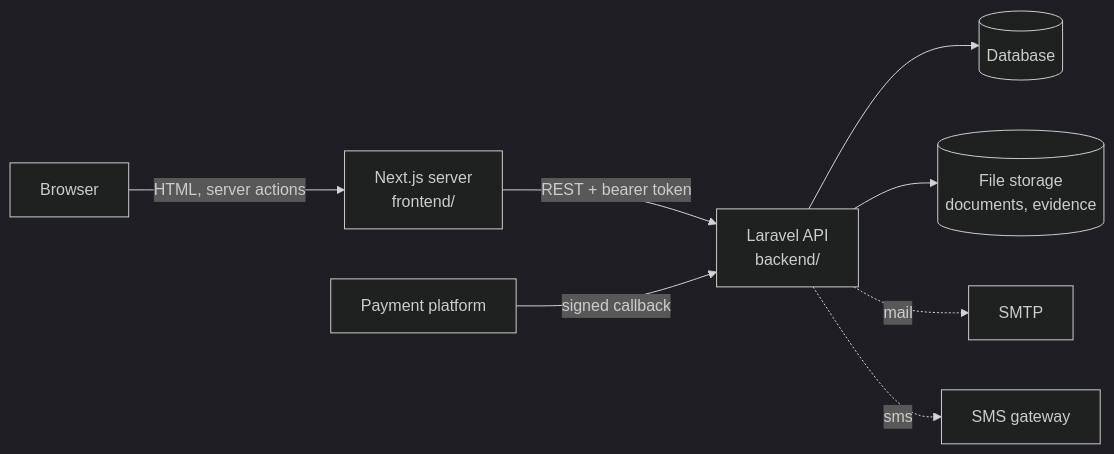
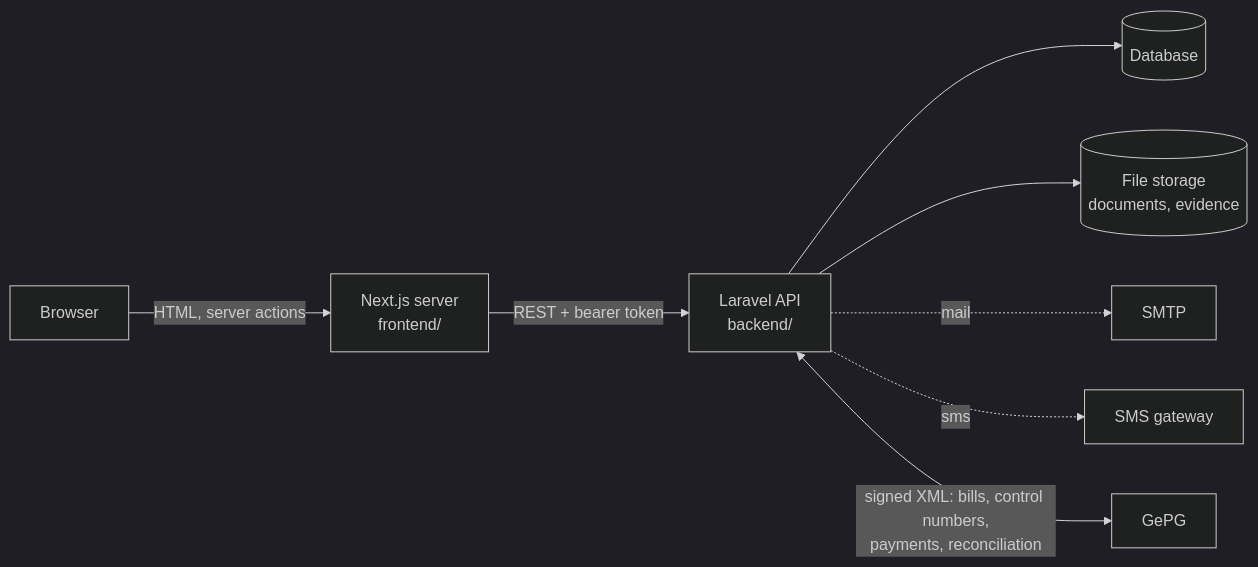
One commit to geita2026/geita changed the first of 6 diagrams in docs/03-sdd.md. Above: the diagram before and after it, drawn with Mermaid (dark theme). The commit also changed other lines of this file and 58 other files, not shown here.

First line of the commit message:
Integrate GePG for control numbers and payments

````diff
--- a/docs/03-sdd.md
+++ b/docs/03-sdd.md
@@ -5,10 +5,10 @@
 ```mermaid
 flowchart LR
   B[Browser] -- HTML, server actions --> N[Next.js server<br/>frontend/]
   N -- REST + bearer token --> L[Laravel API<br/>backend/]
   L --> D[(Database)]
   L --> F[(File storage<br/>documents, evidence)]
   L -. mail .-> M[SMTP]
   L -. sms .-> S[SMS gateway]
-  P[Payment platform] -- signed callback --> L
+  L <-- signed XML: bills, control numbers,<br/>payments, reconciliation --> G[GePG]
 ```
````
